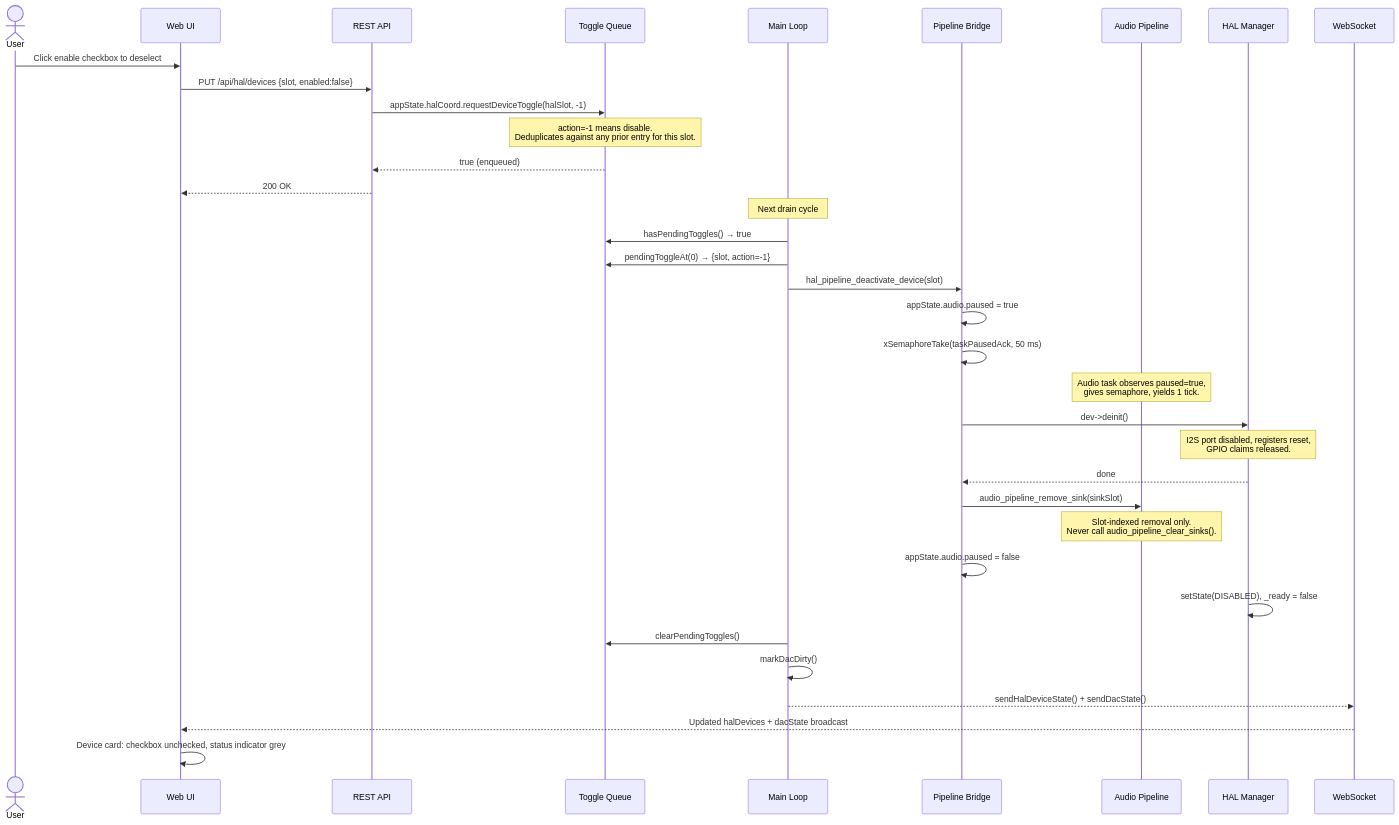
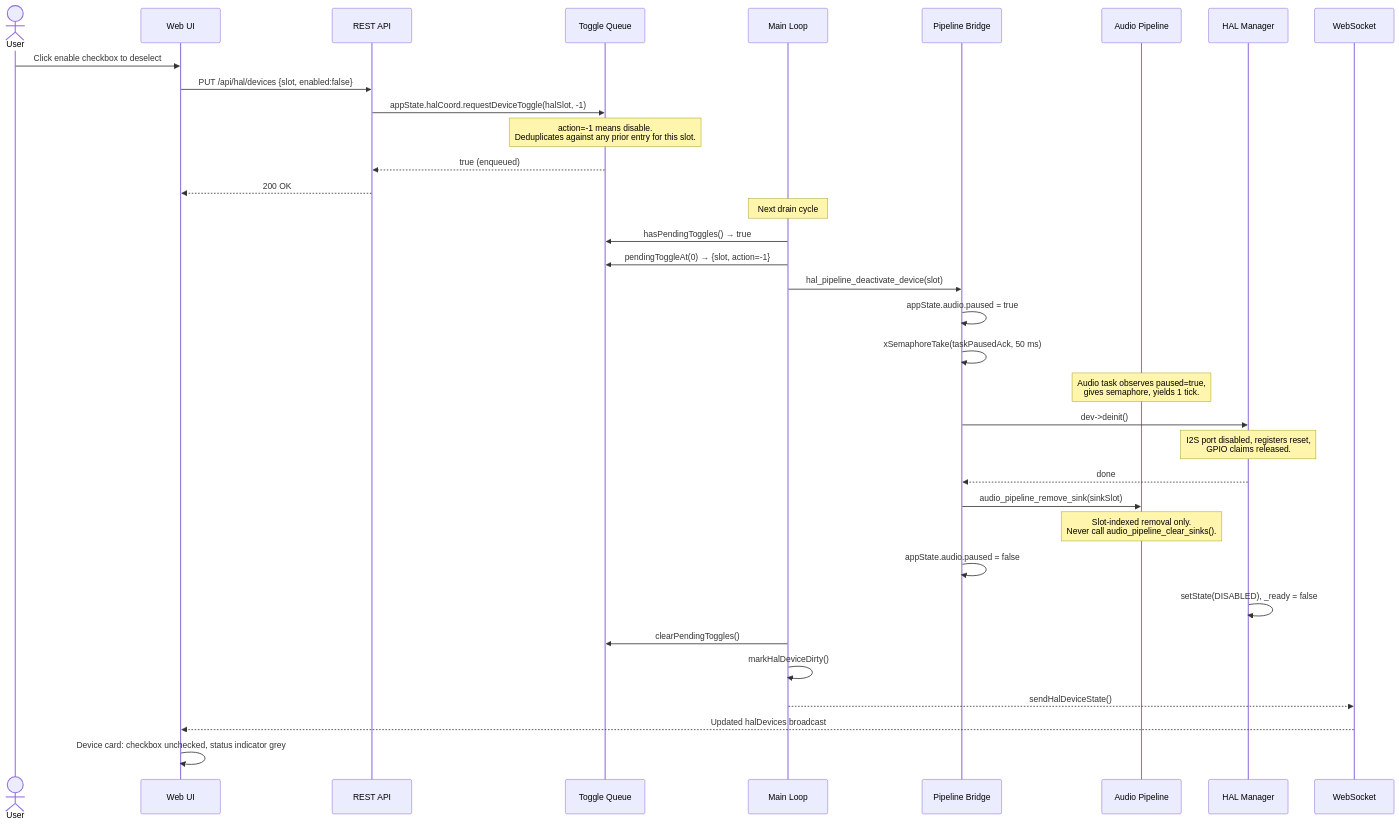
One commit to Schmackos/ALX_Nova_Controller_2 changed the second of 3 diagrams in docs-site/docs/developer/user-flows/device-toggle.md. Above: the diagram before and after it, drawn with Mermaid. The commit also changed other lines of this file and 24 other files, not shown here.

First line of the commit message:
refactor: remove legacy DAC API, move EEPROM to HAL namespace (#73)

````diff
--- a/docs-site/docs/developer/user-flows/device-toggle.md
+++ b/docs-site/docs/developer/user-flows/device-toggle.md
@@ -70,44 +70,44 @@
 ```mermaid
 sequenceDiagram
     actor User
     participant WebUI as Web UI
     participant REST as REST API
     participant Queue as Toggle Queue
     participant MainLoop as Main Loop
     participant Bridge as Pipeline Bridge
     participant Pipeline as Audio Pipeline
     participant HAL as HAL Manager
     participant WS as WebSocket
 
     User->>WebUI: Click enable checkbox to deselect
     WebUI->>REST: PUT /api/hal/devices {slot, enabled:false}
 
     REST->>Queue: appState.halCoord.requestDeviceToggle(halSlot, -1)
     Note over Queue: action=-1 means disable.<br/>Deduplicates against any prior entry for this slot.
     Queue-->>REST: true (enqueued)
     REST-->>WebUI: 200 OK
 
     Note over MainLoop: Next drain cycle
     MainLoop->>Queue: hasPendingToggles() → true
     MainLoop->>Queue: pendingToggleAt(0) → {slot, action=-1}
 
     MainLoop->>Bridge: hal_pipeline_deactivate_device(slot)
     Bridge->>Bridge: appState.audio.paused = true
     Bridge->>Bridge: xSemaphoreTake(taskPausedAck, 50 ms)
     Note over Pipeline: Audio task observes paused=true,<br/>gives semaphore, yields 1 tick.
 
     Bridge->>HAL: dev->deinit()
     Note over HAL: I2S port disabled, registers reset,<br/>GPIO claims released.
     HAL-->>Bridge: done
 
     Bridge->>Pipeline: audio_pipeline_remove_sink(sinkSlot)
     Note over Pipeline: Slot-indexed removal only.<br/>Never call audio_pipeline_clear_sinks().
     Bridge->>Bridge: appState.audio.paused = false
 
     HAL->>HAL: setState(DISABLED), _ready = false
     MainLoop->>Queue: clearPendingToggles()
-    MainLoop->>MainLoop: markDacDirty()
-    MainLoop-->>WS: sendHalDeviceState() + sendDacState()
-    WS-->>WebUI: Updated halDevices + dacState broadcast
+    MainLoop->>MainLoop: markHalDeviceDirty()
+    MainLoop-->>WS: sendHalDeviceState()
+    WS-->>WebUI: Updated halDevices broadcast
     WebUI->>WebUI: Device card: checkbox unchecked, status indicator grey
 ```
````
